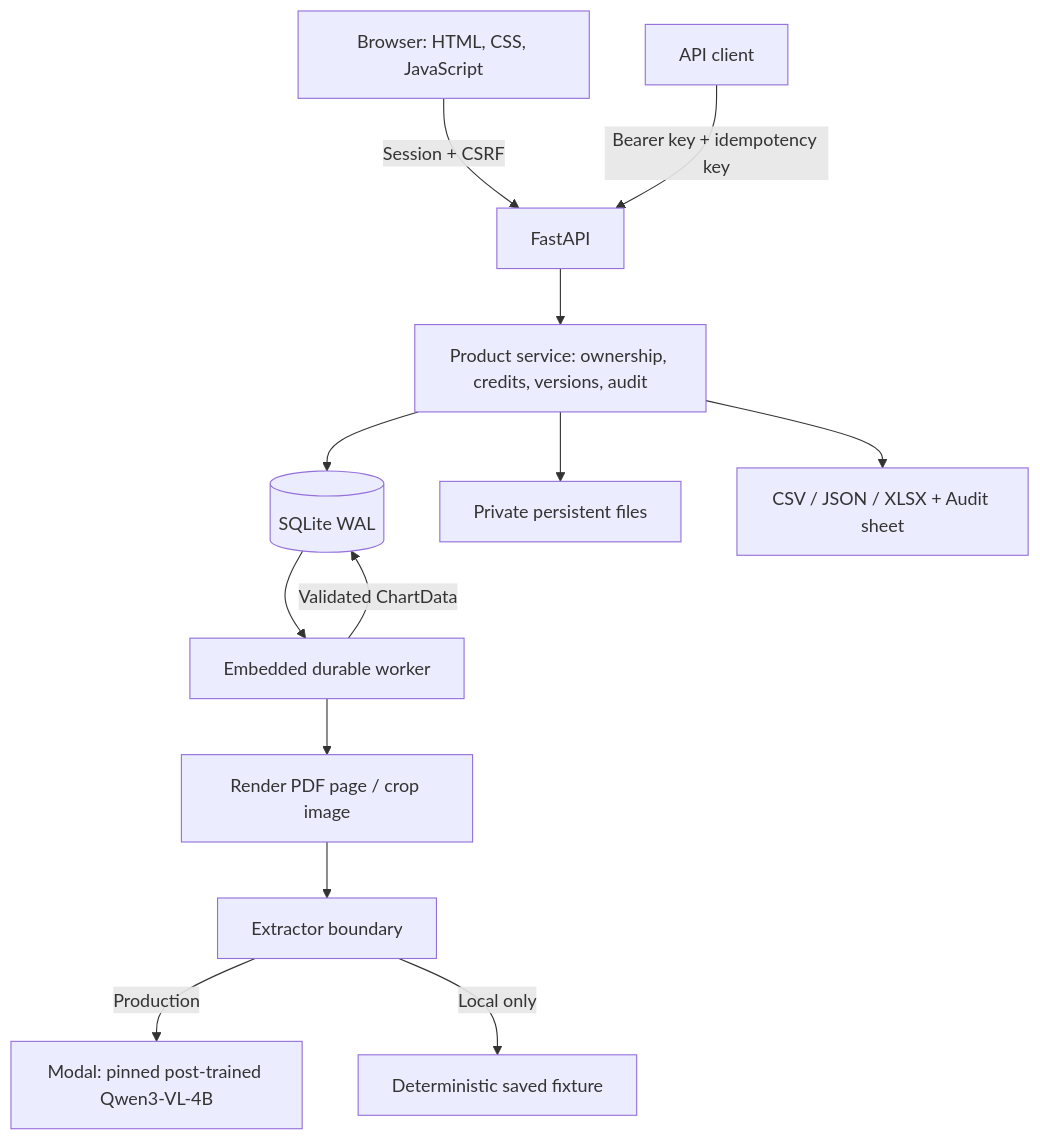
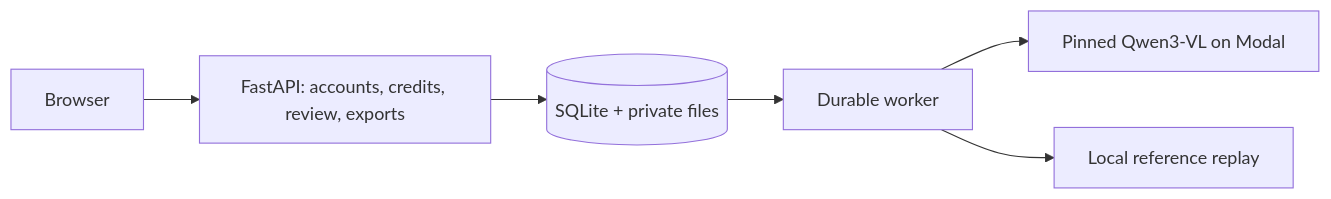
One commit to ryouol/Unrender changed the diagram in README.md. Above: the diagram before and after it, drawn with Mermaid. The commit also changed other lines of this file and 19 other files, not shown here.

````diff
--- a/README.md
+++ b/README.md
@@ -75,15 +42,8 @@
 ```mermaid
-flowchart TD
-    UI[Browser: HTML, CSS, JavaScript] -->|Session + CSRF| Web[FastAPI]
-    API[API client] -->|Bearer key + idempotency key| Web
-    Web --> Service[Product service: ownership, credits, versions, audit]
-    Service --> DB[(SQLite WAL)]
-    Service --> Files[Private persistent files]
-    DB --> Worker[Embedded durable worker]
-    Worker --> Source[Render PDF page / crop image]
-    Source --> Extractor[Extractor boundary]
-    Extractor -->|Production| Modal[Modal: pinned post-trained Qwen3-VL-4B]
-    Extractor -->|Local only| Replay[Deterministic saved fixture]
-    Worker -->|Validated ChartData| DB
-    Service --> Export[CSV / JSON / XLSX + Audit sheet]
+flowchart LR
+    Browser --> API[FastAPI: accounts, credits, review, exports]
+    API --> DB[(SQLite + private files)]
+    DB --> Worker[Durable worker]
+    Worker --> Modal[Pinned Qwen3-VL on Modal]
+    Worker --> Replay[Local reference replay]
 ```
````
